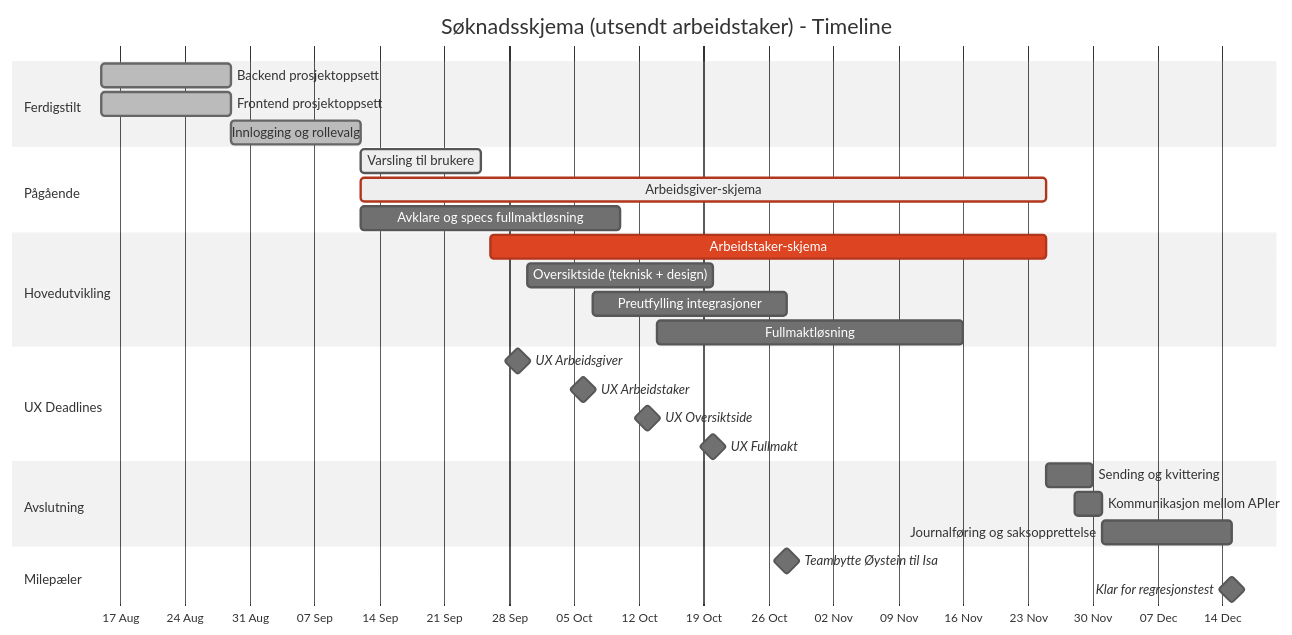
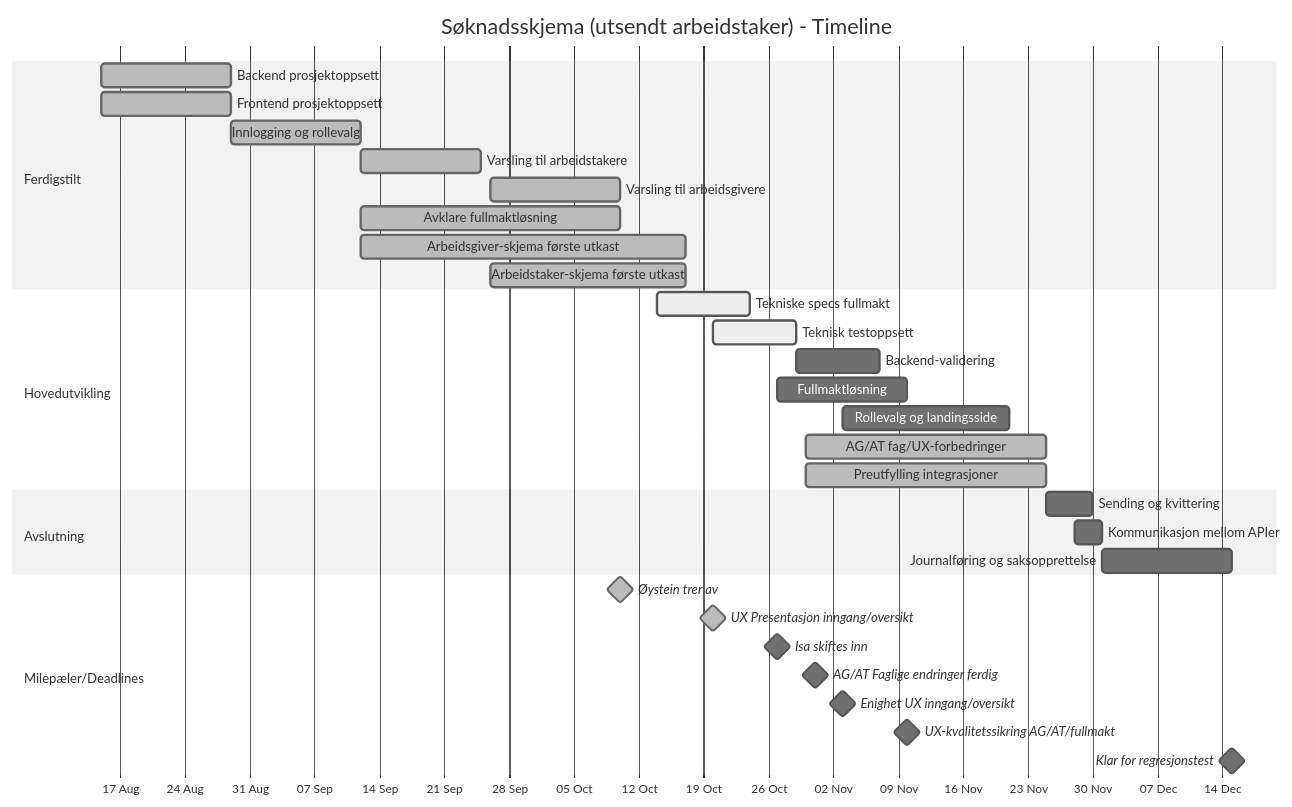
Before and after one commit to navikt/melosys-skjema-api: the diagram in oppgaver.md, drawn with Mermaid (neutral theme). The commit also changed other lines of this file and 2 other files, not shown here.

````diff
--- a/oppgaver.md
+++ b/oppgaver.md
@@ -13,37 +13,39 @@
 ```mermaid
 gantt
     title Søknadsskjema (utsendt arbeidstaker) - Timeline
     dateFormat YYYY-MM-DD
     axisFormat %d %b
-    
+
     section Ferdigstilt
     Backend prosjektoppsett           :done, backend, 2025-08-15, 14d
     Frontend prosjektoppsett          :done, frontend, 2025-08-15, 14d
     Innlogging og rollevalg           :done, auth, 2025-08-29, 14d
-    
-    section Pågående
-    Varsling til brukere              :active, varsling, 2025-09-12, 2025-09-25
-    Arbeidsgiver-skjema               :crit, active, agskjema, 2025-09-12, 2025-11-25
-    Avklare og specs fullmaktløsning  :avklarefullmakt, 2025-09-12, 28d
-    
+    Varsling til arbeidstakere        :done, varslingat, 2025-09-12, 2025-09-25
+    Varsling til arbeidsgivere        :done, varslingag, 2025-09-26, 2025-10-10
+    Avklare fullmaktløsning           :done, avklarefullmakt, 2025-09-12, 2025-10-10
+    Arbeidsgiver-skjema første utkast :done, agskjema1, 2025-09-12, 2025-10-17
+    Arbeidstaker-skjema første utkast :done, atskjema1, 2025-09-26, 2025-10-17
+
     section Hovedutvikling
-    Arbeidstaker-skjema               :crit, atskjema, 2025-09-26, 2025-11-25
-    Oversiktside (teknisk + design)   :oversikt, 2025-09-30, 20d
-    Preutfylling integrasjoner        :prefill, 2025-10-07, 21d
-    Fullmaktløsning                   :fullmakt, 2025-10-14, 33d
-    
-    section UX Deadlines
-    UX Arbeidsgiver                   :milestone, uxag, 2025-09-29, 0d
-    UX Arbeidstaker                   :milestone, uxat, 2025-10-06, 0d
-    UX Oversiktside                   :milestone, uxoversikt, 2025-10-13, 0d
-    UX Fullmakt                       :milestone, uxfullmakt, 2025-10-20, 0d
-    
+    Tekniske specs fullmakt           :active, specsfullmakt, 2025-10-14, 2025-10-24
+    Teknisk testoppsett               :active, testoppsett, 2025-10-20, 2025-10-29
+    Backend-validering                :validering, 2025-10-29, 2025-11-07
+    Fullmaktløsning                   :fullmakt, 2025-10-27, 2025-11-10
+    Rollevalg og landingsside         :landingsside, 2025-11-03, 2025-11-21
+    AG/AT fag/UX-forbedringer         :done, skjemaux, 2025-10-30, 2025-11-25
+    Preutfylling integrasjoner        :done, prefill, 2025-10-30, 2025-11-25
+
     section Avslutning
     Sending og kvittering             :sending, 2025-11-25, 5d
     Kommunikasjon mellom APIer        :komm, 2025-11-28, 3d
     Journalføring og saksopprettelse  :journal, 2025-12-01, 2025-12-15
-    
-    section Milepæler
-    Teambytte Øystein til Isa         :milestone, 2025-10-28, 0d
+
+    section Milepæler/Deadlines
+    Øystein trer av                   :milestone, done, oystein, 2025-10-10, 0d
+    UX Presentasjon inngang/oversikt  :milestone, done, uxpres, 2025-10-20, 0d
+    Isa skiftes inn                   :milestone, isa, 2025-10-27, 0d
+    AG/AT Faglige endringer ferdig    :milestone, fagligfrist, 2025-10-31, 0d
+    Enighet UX inngang/oversikt       :milestone, uxenighet, 2025-11-03, 0d
+    UX-kvalitetssikring AG/AT/fullmakt :milestone, uxkvalitet, 2025-11-10, 0d
     Klar for regresjonstest           :milestone, 2025-12-15, 0d
 ```
````
